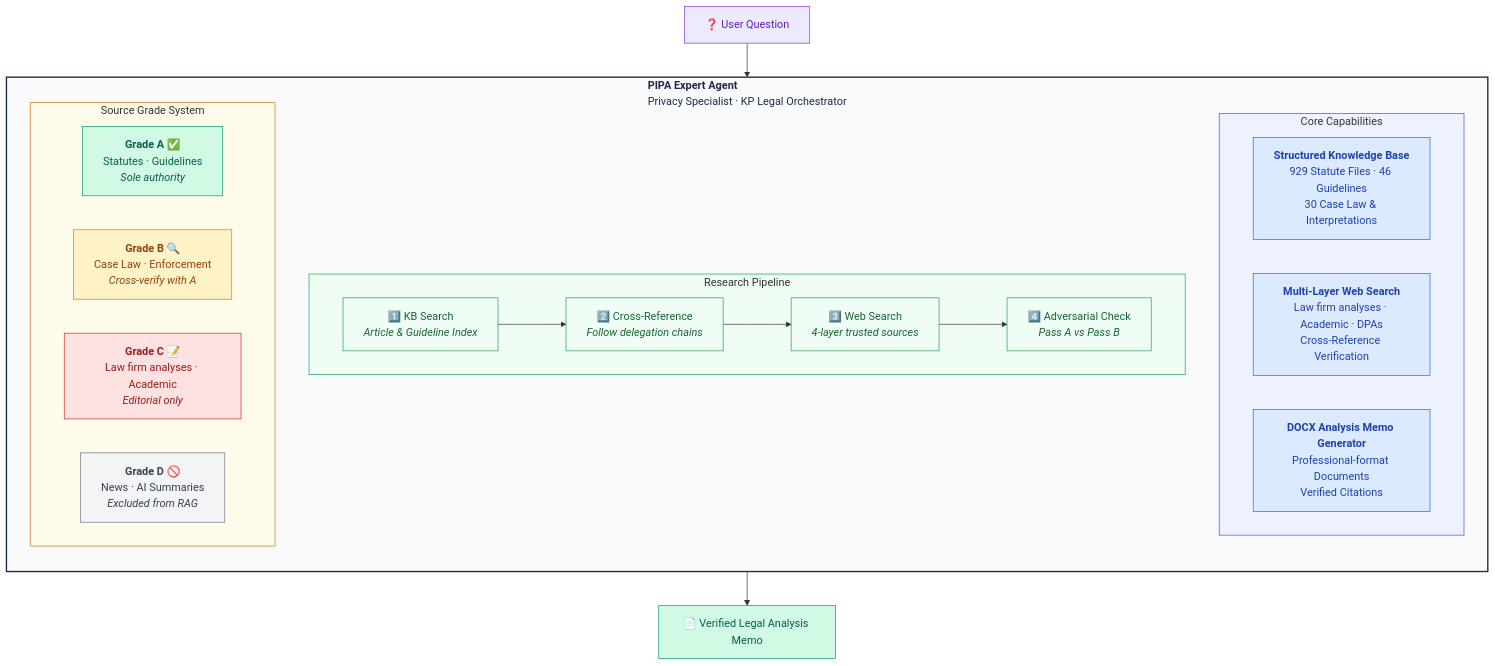
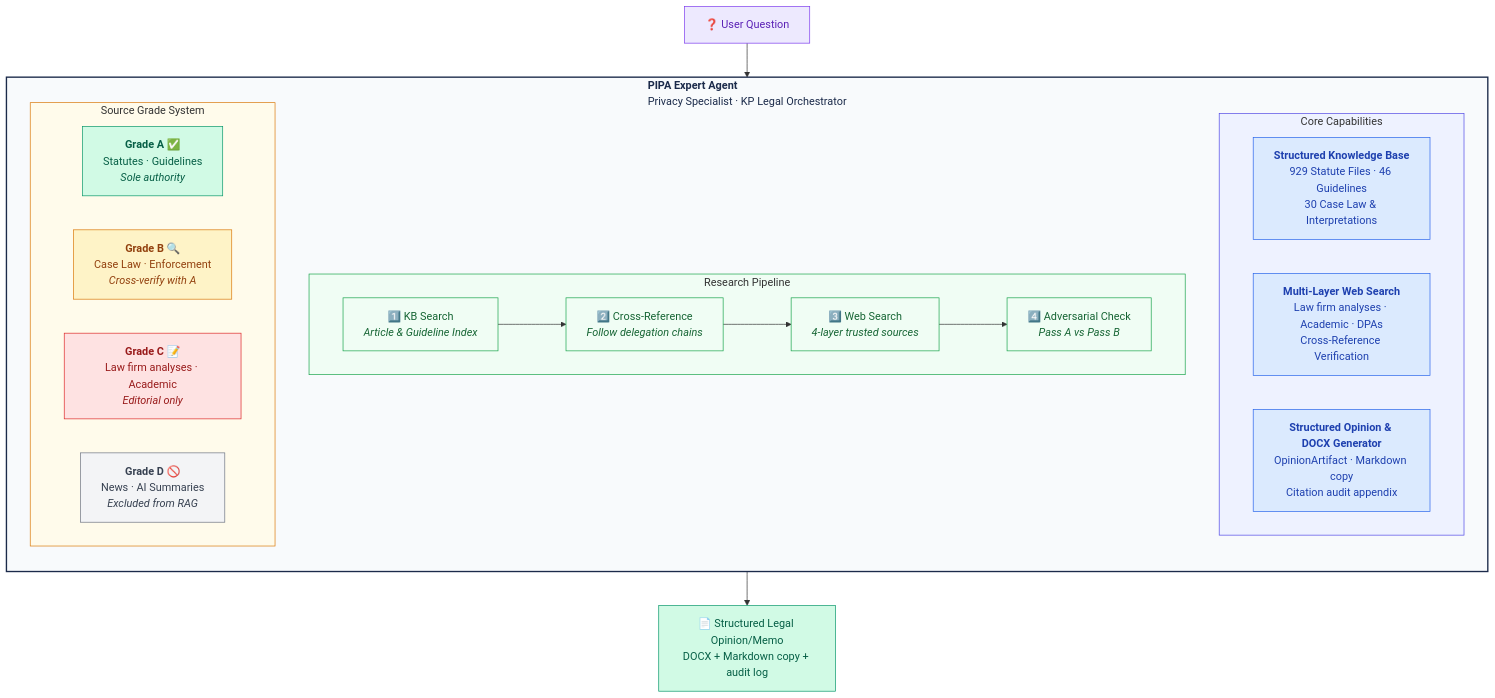
One commit to kipeum86/PIPA-expert changed the first of 2 diagrams in README.md. Above: the diagram before and after it, drawn with Mermaid. The commit also changed other lines of this file and 1 other file, not shown here.

Commit message:
docs(readme): align README with structured opinion workflow

````diff
--- a/README.md
+++ b/README.md
@@ -51,51 +51,51 @@
 ```mermaid
 graph TB
     subgraph agent["<b>PIPA Expert Agent</b><br/>Privacy Specialist · KP Legal Orchestrator"]
         direction TB
 
         subgraph core["Core Capabilities"]
             direction LR
             KB["<b>Structured Knowledge Base</b><br/>929 Statute Files · 46 Guidelines<br/>30 Case Law &amp; Interpretations"]
             WS["<b>Multi-Layer Web Search</b><br/>Law firm analyses · Academic · DPAs<br/>Cross-Reference Verification"]
-            DX["<b>DOCX Analysis Memo Generator</b><br/>Professional-format Documents<br/>Verified Citations"]
+            DX["<b>Structured Opinion &amp; DOCX Generator</b><br/>OpinionArtifact · Markdown copy<br/>Citation audit appendix"]
         end
 
         subgraph pipeline["Research Pipeline"]
             direction LR
             S1["1️⃣ KB Search<br/><i>Article & Guideline Index</i>"]
             S2["2️⃣ Cross-Reference<br/><i>Follow delegation chains</i>"]
             S3["3️⃣ Web Search<br/><i>4-layer trusted sources</i>"]
             S4["4️⃣ Adversarial Check<br/><i>Pass A vs Pass B</i>"]
             S1 --> S2 --> S3 --> S4
         end
 
         subgraph grades["Source Grade System"]
             direction LR
             GA["<b>Grade A</b> ✅<br/>Statutes · Guidelines<br/><i>Sole authority</i>"]
             GB["<b>Grade B</b> 🔍<br/>Case Law · Enforcement<br/><i>Cross-verify with A</i>"]
             GC["<b>Grade C</b> 📝<br/>Law firm analyses · Academic<br/><i>Editorial only</i>"]
             GD["<b>Grade D</b> 🚫<br/>News · AI Summaries<br/><i>Excluded from RAG</i>"]
         end
     end
 
     Q["❓ User Question"] --> S1
-    S4 --> O["📄 Verified Legal Analysis Memo"]
+    S4 --> O["📄 Structured Legal Opinion/Memo<br/>DOCX + Markdown copy + audit log"]
 
     style agent fill:#f8fafc,stroke:#1B2A4A,stroke-width:2px,color:#1B2A4A
     style core fill:#eef2ff,stroke:#4f46e5,stroke-width:1px
     style pipeline fill:#f0fdf4,stroke:#16a34a,stroke-width:1px
     style grades fill:#fffbeb,stroke:#d97706,stroke-width:1px
     style KB fill:#dbeafe,stroke:#2563eb,color:#1e40af
     style WS fill:#dbeafe,stroke:#2563eb,color:#1e40af
     style DX fill:#dbeafe,stroke:#2563eb,color:#1e40af
     style GA fill:#d1fae5,stroke:#059669,color:#065f46
     style GB fill:#fef3c7,stroke:#d97706,color:#92400e
     style GC fill:#fee2e2,stroke:#dc2626,color:#991b1b
     style GD fill:#f3f4f6,stroke:#6b7280,color:#374151
     style Q fill:#ede9fe,stroke:#7c3aed,color:#5b21b6
     style O fill:#d1fae5,stroke:#059669,color:#065f46
     style S1 fill:#f0fdf4,stroke:#16a34a,color:#166534
     style S2 fill:#f0fdf4,stroke:#16a34a,color:#166534
     style S3 fill:#f0fdf4,stroke:#16a34a,color:#166534
     style S4 fill:#f0fdf4,stroke:#16a34a,color:#166534
 ```
````
